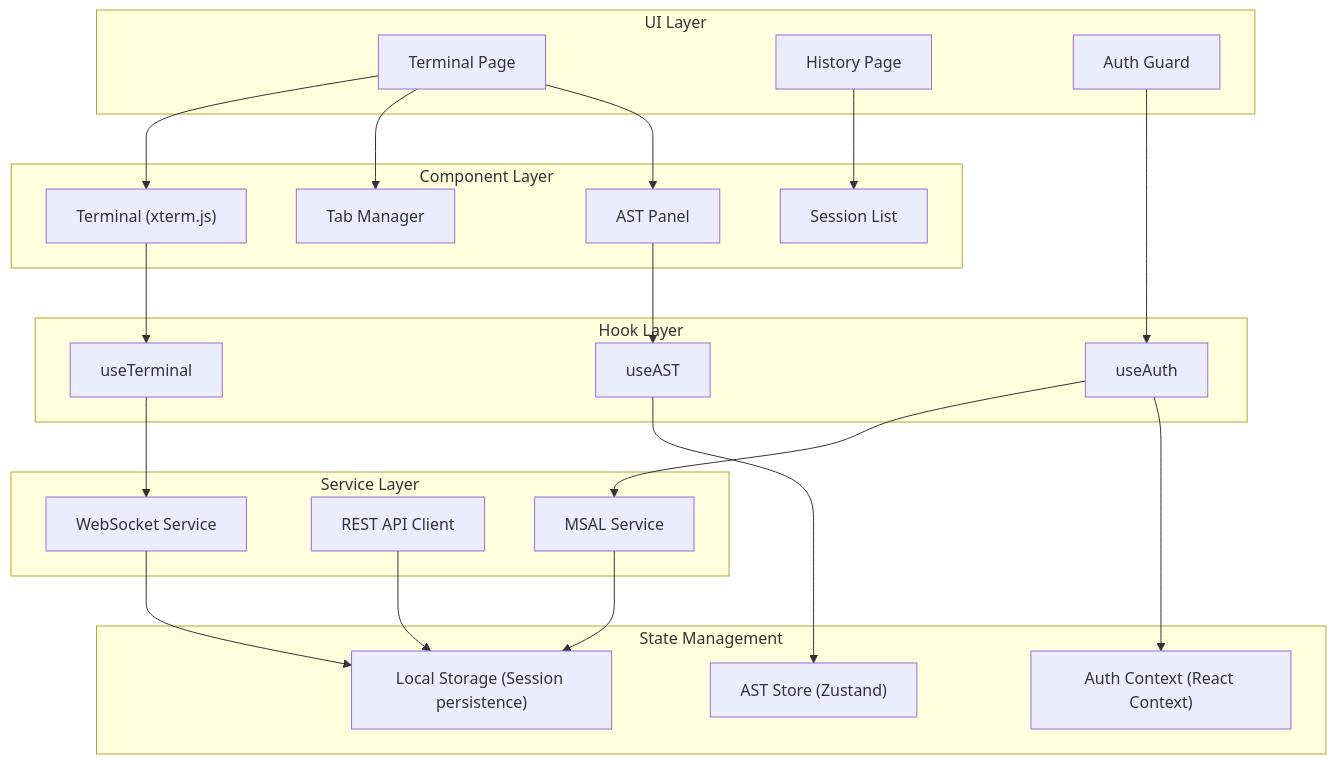
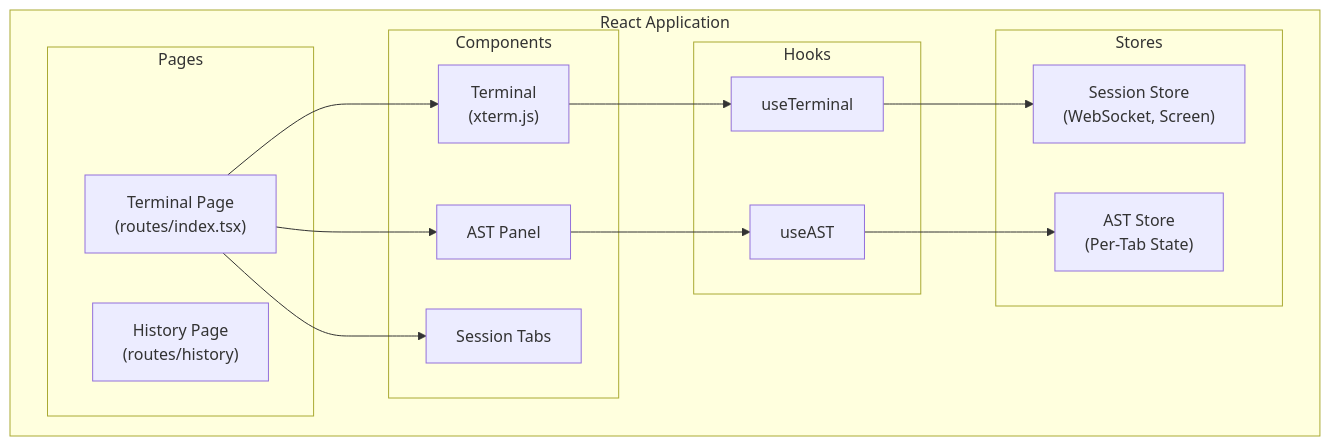
One commit to gurungabit/iast changed the third of 13 diagrams in docs/diagrams.md. Above: the diagram before and after it, drawn with Mermaid. The commit also changed other lines of this file and 33 other files, not shown here.

First line of the commit message:
refactor: AST forms, state persistence, session expiry handling, docs update

````diff
--- a/docs/diagrams.md
+++ b/docs/diagrams.md
@@ -134,48 +108,35 @@
 ```mermaid
 flowchart TB
-    subgraph UI["UI Layer"]
-        TerminalPage["Terminal Page"]
-        HistoryPage["History Page"]
-        AuthGuard["Auth Guard"]
+    subgraph React["React Application"]
+        subgraph Pages
+            TerminalPage["Terminal Page<br>(routes/index.tsx)"]
+            HistoryPage["History Page<br>(routes/history)"]
+        end
+        
+        subgraph Components
+            Terminal["Terminal<br>(xterm.js)"]
+            ASTPanel["AST Panel"]
+            TabBar["Session Tabs"]
+        end
+        
+        subgraph Stores
+            SessionStore["Session Store<br>(WebSocket, Screen)"]
+            ASTStore["AST Store<br>(Per-Tab State)"]
+        end
+        
+        subgraph Hooks
+            useTerminal["useTerminal"]
+            useAST["useAST"]
+        end
     end
-
-    subgraph Components["Component Layer"]
-        Terminal["Terminal (xterm.js)"]
-        TabManager["Tab Manager"]
-        ASTPanel["AST Panel"]
-        SessionList["Session List"]
-    end
-
-    subgraph Hooks["Hook Layer"]
-        useTerminal["useTerminal"]
-        useAuth["useAuth"]
-        useAST["useAST"]
-    end
-
-    subgraph State["State Management"]
-        AuthContext["Auth Context (React Context)"]
-        ASTStore["AST Store (Zustand)"]
-        LocalStorage["Local Storage (Session persistence)"]
-    end
-
-    subgraph Services["Service Layer"]
-        WSService["WebSocket Service"]
-        APIClient["REST API Client"]
-        MSALService["MSAL Service"]
-    end
-
-    TerminalPage --> Terminal & TabManager & ASTPanel
-    HistoryPage --> SessionList
+    
+    TerminalPage --> Terminal
+    TerminalPage --> ASTPanel
+    TerminalPage --> TabBar
     
     Terminal --> useTerminal
     ASTPanel --> useAST
-    AuthGuard --> useAuth
-
-    useTerminal --> WSService
-    useAuth --> MSALService & AuthContext
+    
+    useTerminal --> SessionStore
     useAST --> ASTStore
-
-    WSService --> LocalStorage
-    APIClient --> LocalStorage
-    MSALService --> LocalStorage
 ```
````
